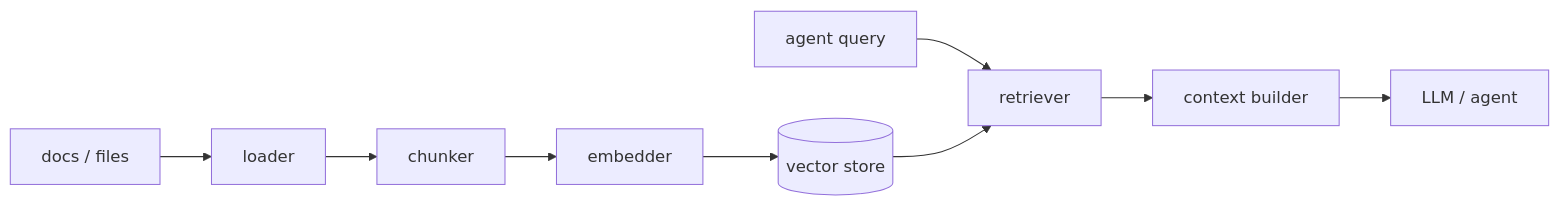
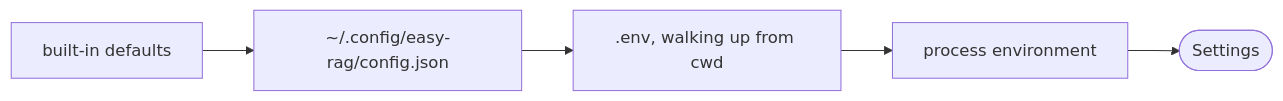
Before and after one commit to Abdulhadi446/easy-rag-for-agent: the first of 6 diagrams in README.md, drawn with Mermaid. The commit also changed other lines of this file and 28 other files, not shown here.

````diff
--- a/README.md
+++ b/README.md
@@ -12,11 +208,7 @@
 ```mermaid
 flowchart LR
-    A[docs / files] --> B[loader]
-    B --> C[chunker]
-    C --> D[embedder]
-    D --> E[(vector store)]
-    Q[agent query] --> F[retriever]
-    E --> F
-    F --> G[context builder]
-    G --> H[LLM / agent]
+    A["built-in defaults"] --> B["~/.config/easy-rag/config.json"]
+    B --> C[".env, walking up from cwd"]
+    C --> D["process environment"]
+    D --> E([Settings])
 ```
````
